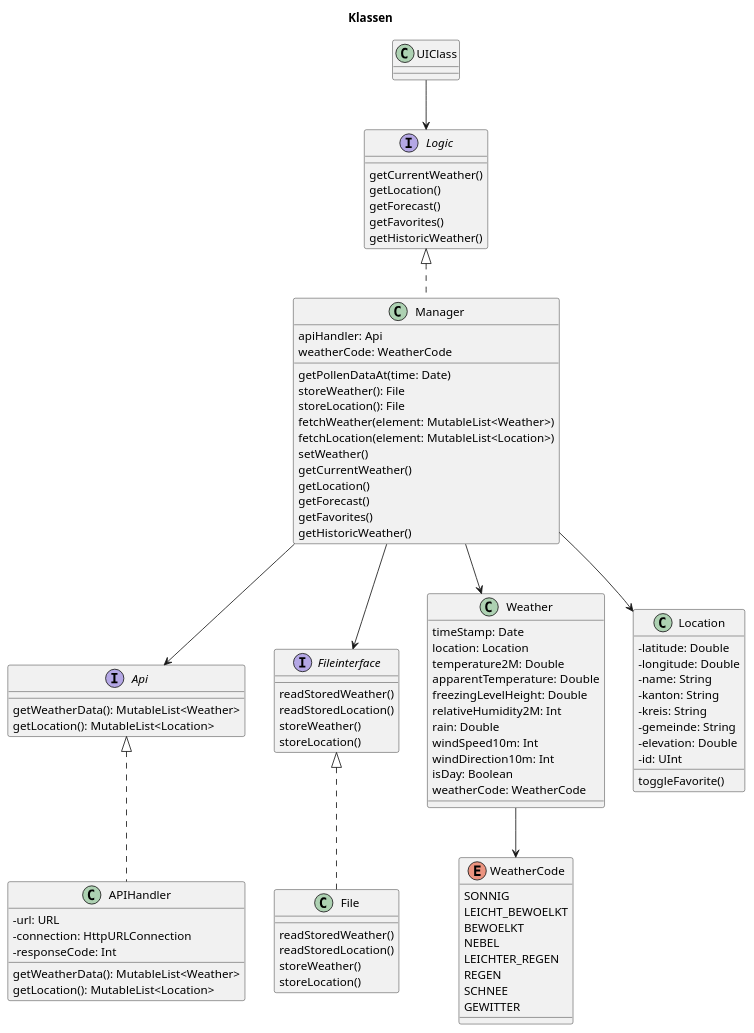
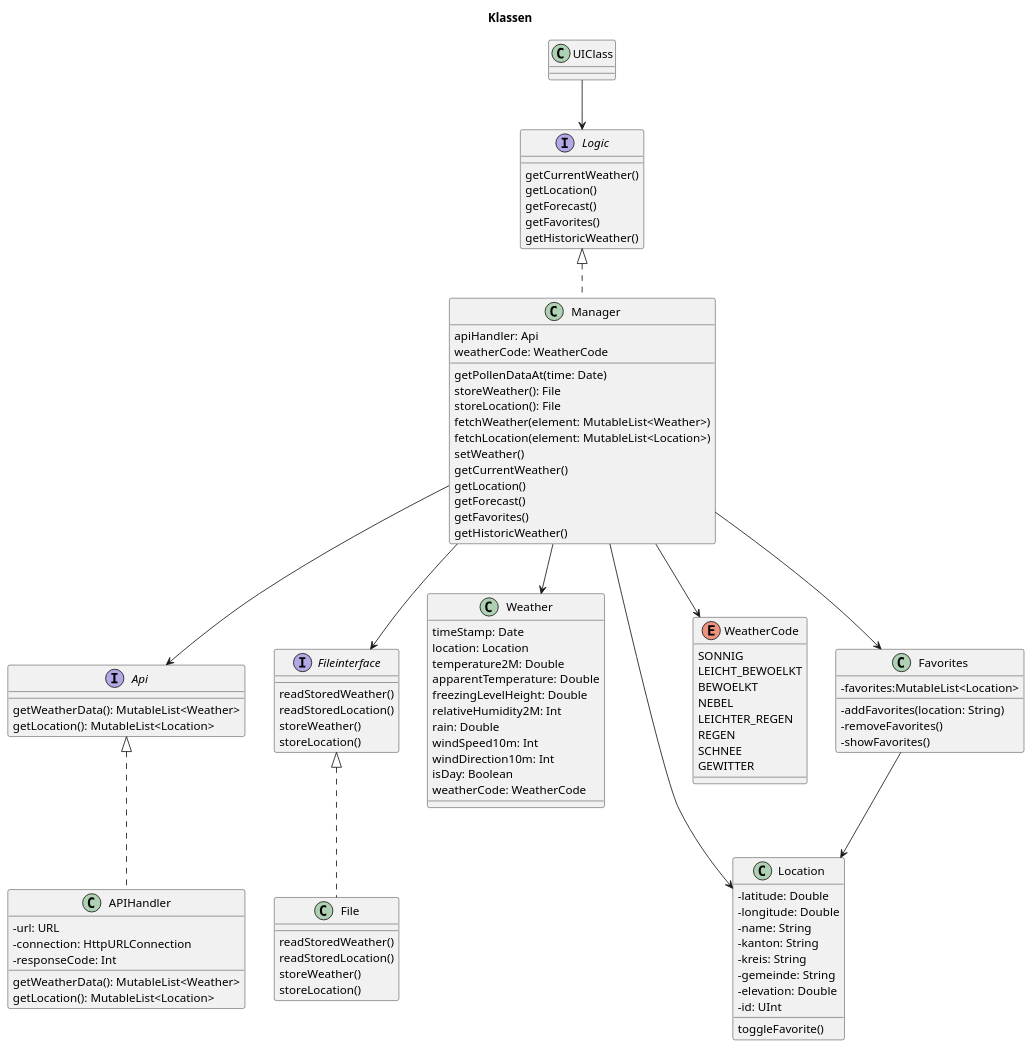
One commit to PaddyT91/Wetterapp_PRG_Testing_Phase changed the diagram in doc/ClassDiagram_Feedback.puml. Above: the diagram before and after it, drawn with PlantUML. The commit also changed 3 other files, not shown here.

Commit message:
Favoriten Objekt hinzugefügt und Klassendiagramm erweitert

```diff
--- a/doc/ClassDiagram_Feedback.puml
+++ b/doc/ClassDiagram_Feedback.puml
@@ -1,118 +1,129 @@
 @startuml
 'https://plantuml.com/class-diagram
 
 
 skinparam classAttributeIconSize 0
 title Klassen
 
 
 
 Api <|-. APIHandler
 UIClass --> Logic
 Logic <|-. Manager
 Fileinterface <|-. File
 Manager --> Fileinterface
 Manager --> Api
 Manager --> Weather
 Manager --> Location
-Weather --> WeatherCode
+Manager --> WeatherCode
+Favorites --> Location
+Manager --> Favorites
 
 class Manager {
     apiHandler: Api
     getPollenDataAt(time: Date)
     storeWeather(): File
     storeLocation(): File
     fetchWeather(element: MutableList<Weather>)
     fetchLocation(element: MutableList<Location>)
     weatherCode: WeatherCode
     setWeather()
     getCurrentWeather()
     getLocation()
     getForecast()
     getFavorites()
     getHistoricWeather()
 }
 
 interface Fileinterface {
     readStoredWeather()
     readStoredLocation()
     storeWeather()
     storeLocation()
 
 }
 
 interface Api {
      getWeatherData(): MutableList<Weather>
      getLocation(): MutableList<Location>
 }
 
 
 interface Logic {
     getCurrentWeather()
     getLocation()
     getForecast()
     getFavorites()
     getHistoricWeather()
 }
 
 class UIClass {
 
 }
 
 
 class File {
     readStoredWeather()
     readStoredLocation()
     storeWeather()
     storeLocation()
 }
 
 
 class APIHandler {
     -url: URL
     -connection: HttpURLConnection
     -responseCode: Int
     getWeatherData(): MutableList<Weather>
     getLocation(): MutableList<Location>
 
 }
 
 class Weather {
     timeStamp: Date
     location: Location
     temperature2M: Double
     apparentTemperature: Double
     freezingLevelHeight: Double
     relativeHumidity2M: Int
     rain: Double
     windSpeed10m: Int
     windDirection10m: Int
     isDay: Boolean
     weatherCode: WeatherCode
 }
 
 class Location {
     - latitude: Double
     - longitude: Double
     - name: String
     - kanton: String
     - kreis: String
     - gemeinde: String
     - elevation: Double
     - id: UInt
     toggleFavorite()
 }
 
+object Favorites {
+    - favorites:MutableList<Location>
+    - addFavorites(location: String)
+    - removeFavorites()
+    - showFavorites()
+}
+
+
+
 enum WeatherCode {
      SONNIG
      LEICHT_BEWOELKT
      BEWOELKT
      NEBEL
      LEICHTER_REGEN
      REGEN
      SCHNEE
      GEWITTER
 }
 
 
 @enduml
```
